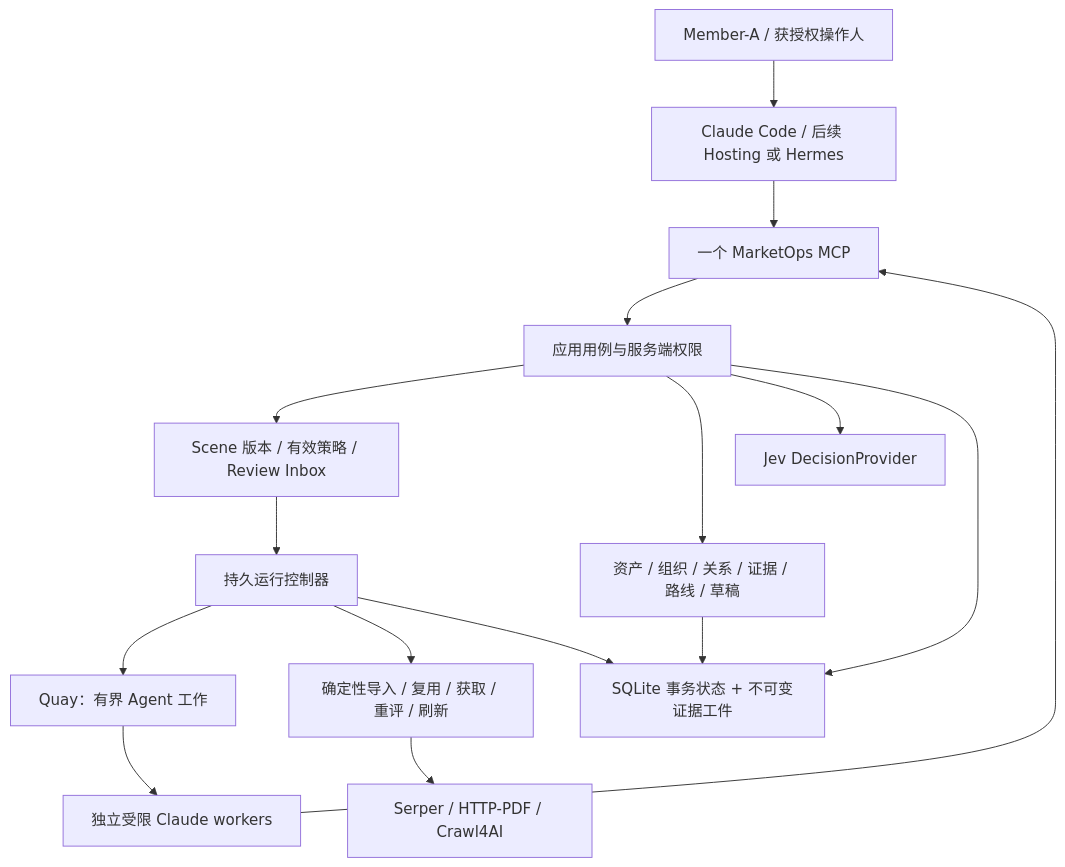
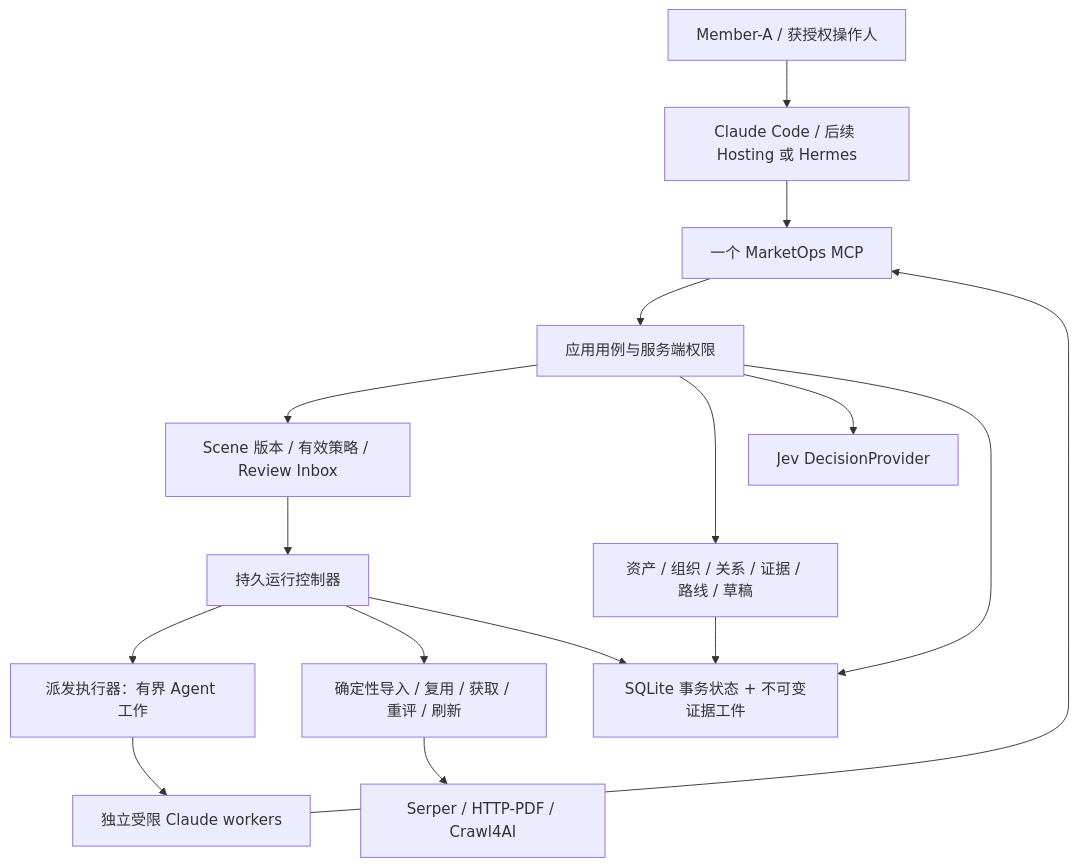
One commit to ProfessorZhi/marketops changed the diagram in docs/MEMBER_A_AUTOMATION_ARCHITECTURE.md. Above: the diagram before and after it, drawn with Mermaid. The commit also changed other lines of this file and 18 other files, not shown here.

````diff
--- a/docs/MEMBER_A_AUTOMATION_ARCHITECTURE.md
+++ b/docs/MEMBER_A_AUTOMATION_ARCHITECTURE.md
@@ -31,18 +31,18 @@
 ```mermaid
 flowchart TD
     B[Member-A / 获授权操作人] --> C[Claude Code / 后续 Hosting 或 Hermes]
     C --> M[一个 MarketOps MCP]
     M --> A[应用用例与服务端权限]
     A --> P[Scene 版本 / 有效策略 / Review Inbox]
     A --> D[资产 / 组织 / 关系 / 证据 / 路线 / 草稿]
     P --> R[持久运行控制器]
-    R --> Q[Quay：有界 Agent 工作]
+    R --> Q[派发执行器：有界 Agent 工作]
     Q --> W[独立受限 Claude workers]
     W --> M
     R --> F[确定性导入 / 复用 / 获取 / 重评 / 刷新]
     F --> S[Serper / HTTP-PDF / Crawl4AI]
     A --> J[Jev DecisionProvider]
     A --> DB[SQLite 事务状态 + 不可变证据工件]
     R --> DB
     D --> DB
 ```
````
